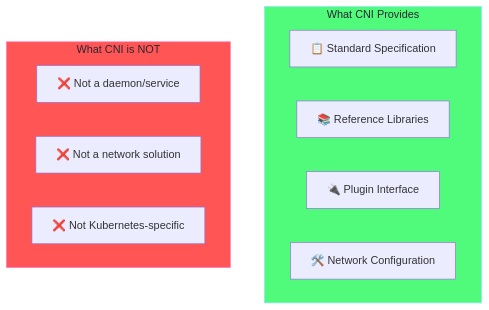
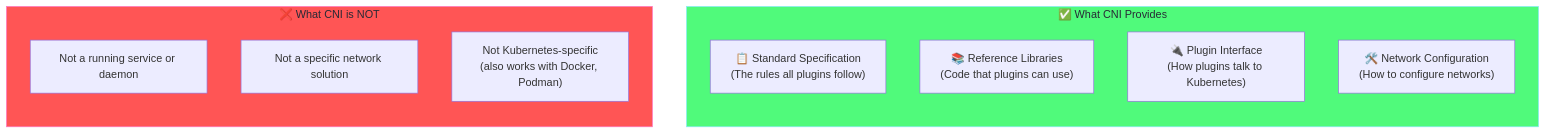
One commit to selvakumarperumal/k8s_minikube_learn changed the first of 2 diagrams in cni_networking/01-cni-fundamentals.md. Above: the diagram before and after it, drawn with Mermaid. The commit also changed other lines of this file and 4 other files, not shown here.

````diff
--- a/cni_networking/01-cni-fundamentals.md
+++ b/cni_networking/01-cni-fundamentals.md
@@ -20,18 +47,20 @@
 ```mermaid
 flowchart TB
-    subgraph Definition["What CNI Provides"]
-        S1["📋 Standard Specification"]
-        S2["📚 Reference Libraries"]
-        S3["🔌 Plugin Interface"]
-        S4["🛠️ Network Configuration"]
+    subgraph Definition["✅ What CNI Provides"]
+        direction TB
+        S1["📋 Standard Specification<br/>(The rules all plugins follow)"]
+        S2["📚 Reference Libraries<br/>(Code that plugins can use)"]
+        S3["🔌 Plugin Interface<br/>(How plugins talk to Kubernetes)"]
+        S4["🛠️ Network Configuration<br/>(How to configure networks)"]
     end
     
-    subgraph NotCNI["What CNI is NOT"]
-        N1["❌ Not a daemon/service"]
-        N2["❌ Not a network solution"]
-        N3["❌ Not Kubernetes-specific"]
+    subgraph NotCNI["❌ What CNI is NOT"]
+        direction TB
+        N1["Not a running service or daemon"]
+        N2["Not a specific network solution"]
+        N3["Not Kubernetes-specific<br/>(also works with Docker, Podman)"]
     end
     
     style Definition fill:#50fa7b,stroke:#8be9fd,color:#282a36
     style NotCNI fill:#ff5555,stroke:#ff79c6,color:#282a36
 ```
````
